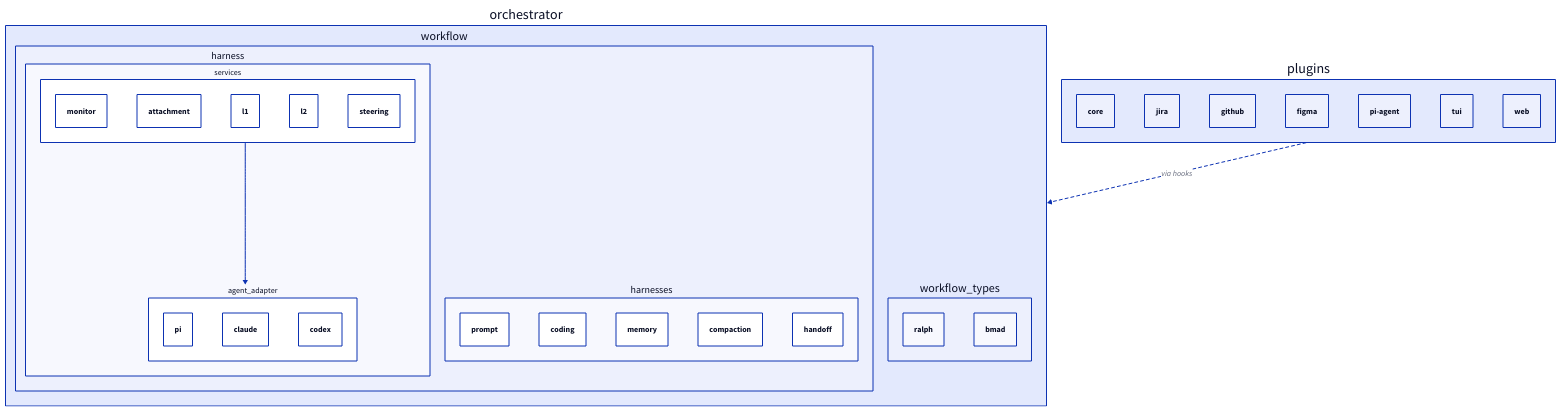
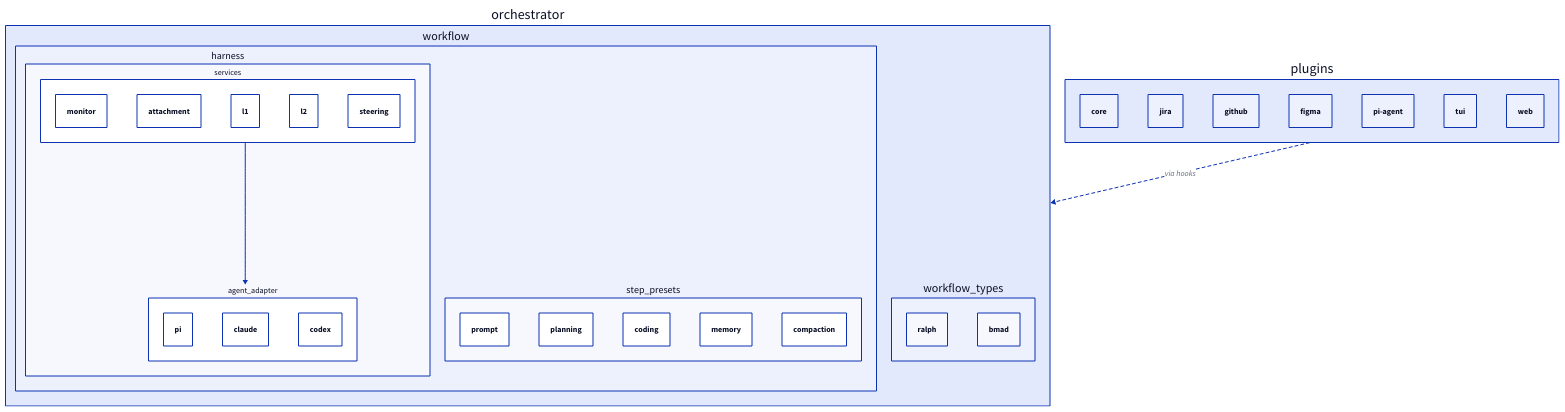
One commit to StevenJPx2/workhorse changed the first of 2 diagrams in plan/rearchitecture.md. Above: the diagram before and after it, drawn with D2. The commit also changed other lines of this file, not shown here.

Commit message:
chore: add more things to the new architecture

````diff
--- a/plan/rearchitecture.md
+++ b/plan/rearchitecture.md
@@ -86,55 +86,55 @@
 ```d2
 plugins: {
   core
   jira
   github
   figma
   pi-agent
   tui
   web
 }
 
 plugins -> orchestrator: via hooks {
   style: {
     stroke-dash: 3
   }
 }
 
 orchestrator: {
   workflow: {
     harness: {
       agent_adapter
       services
 
       services -> agent_adapter
 
       agent_adapter: {
         pi
         claude
         codex
       }
 
       services: {
         monitor
         attachment
         l1
         l2
         steering
       }
     }
 
-    harnesses: {
+    step_presets: {
       prompt
+      planning
       coding
       memory
       compaction
-      handoff
     }
   }
 
   workflow_types: {
     ralph
     bmad
   }
 }
 ```
````
